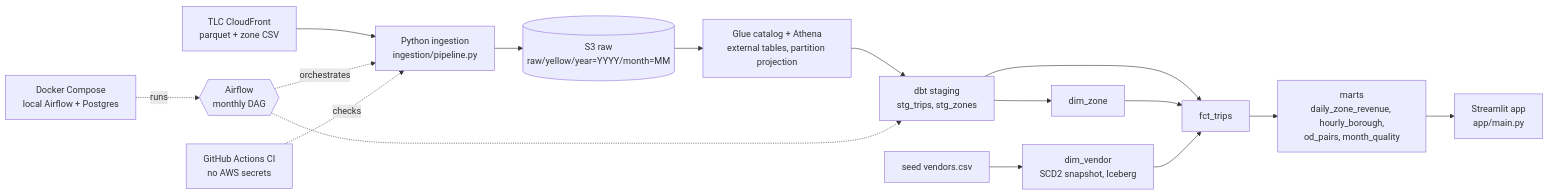
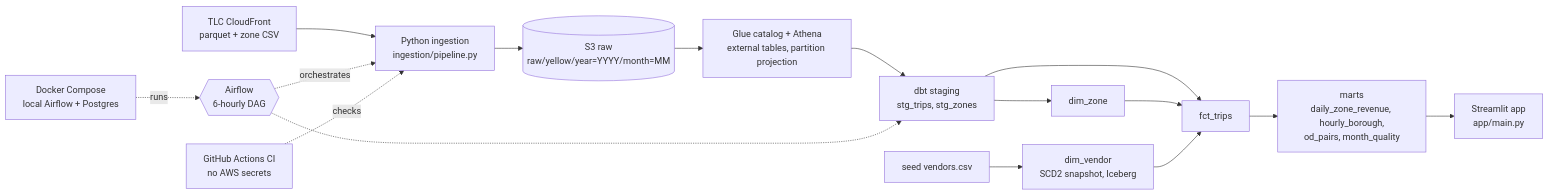
One commit to MerouaneRH/nyc-taxi-pipeline changed the diagram in README.md. Above: the diagram before and after it, drawn with Mermaid. The commit also changed other lines of this file and 8 other files, not shown here.

````diff
--- a/README.md
+++ b/README.md
@@ -10,18 +10,18 @@
 ```mermaid
 flowchart LR
     TLC["TLC CloudFront<br/>parquet + zone CSV"] --> ING["Python ingestion<br/>ingestion/pipeline.py"]
     ING --> S3[("S3 raw<br/>raw/yellow/year=YYYY/month=MM")]
     S3 --> GLUE["Glue catalog + Athena<br/>external tables, partition projection"]
     GLUE --> STG["dbt staging<br/>stg_trips, stg_zones"]
     SEED["seed vendors.csv"] --> SNAP["dim_vendor<br/>SCD2 snapshot, Iceberg"]
     STG --> DZ["dim_zone"]
     STG --> FCT["fct_trips"]
     DZ --> FCT
     SNAP --> FCT
     FCT --> MARTS["marts<br/>daily_zone_revenue, hourly_borough,<br/>od_pairs, month_quality"]
     MARTS --> ST["Streamlit app<br/>app/main.py"]
-    AF{{"Airflow<br/>monthly DAG"}} -.orchestrates.-> ING
+    AF{{"Airflow<br/>6-hourly DAG"}} -.orchestrates.-> ING
     AF -.-> STG
     DC["Docker Compose<br/>local Airflow + Postgres"] -.runs.-> AF
     GH["GitHub Actions CI<br/>no AWS secrets"] -.checks.-> ING
 ```
````
